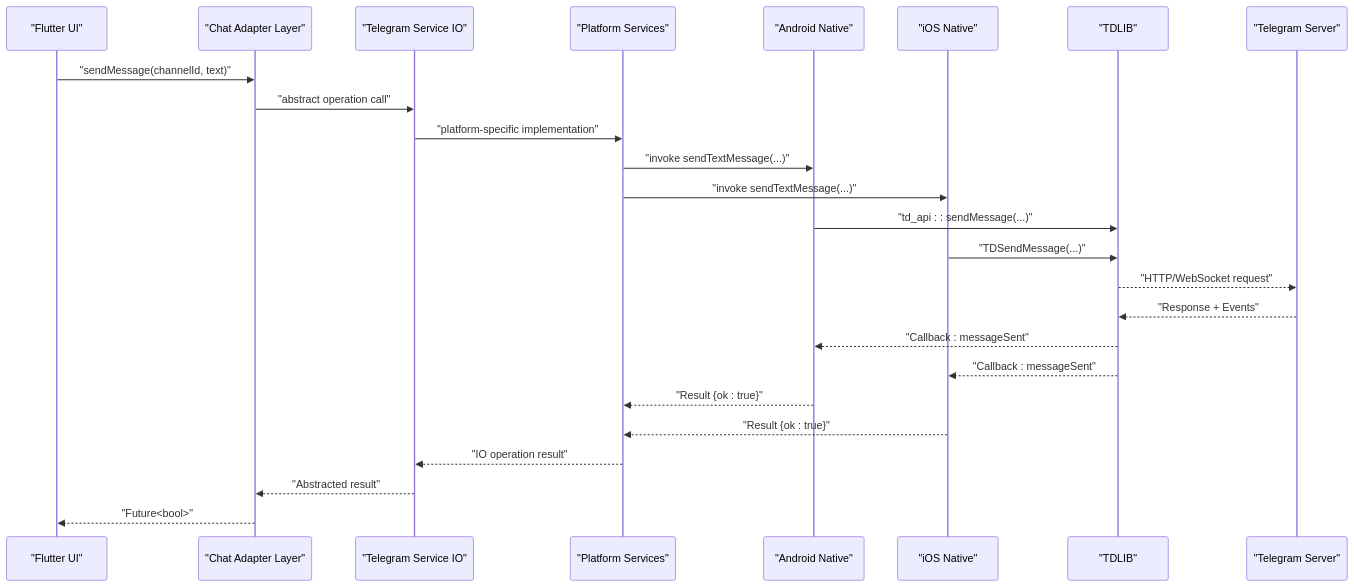
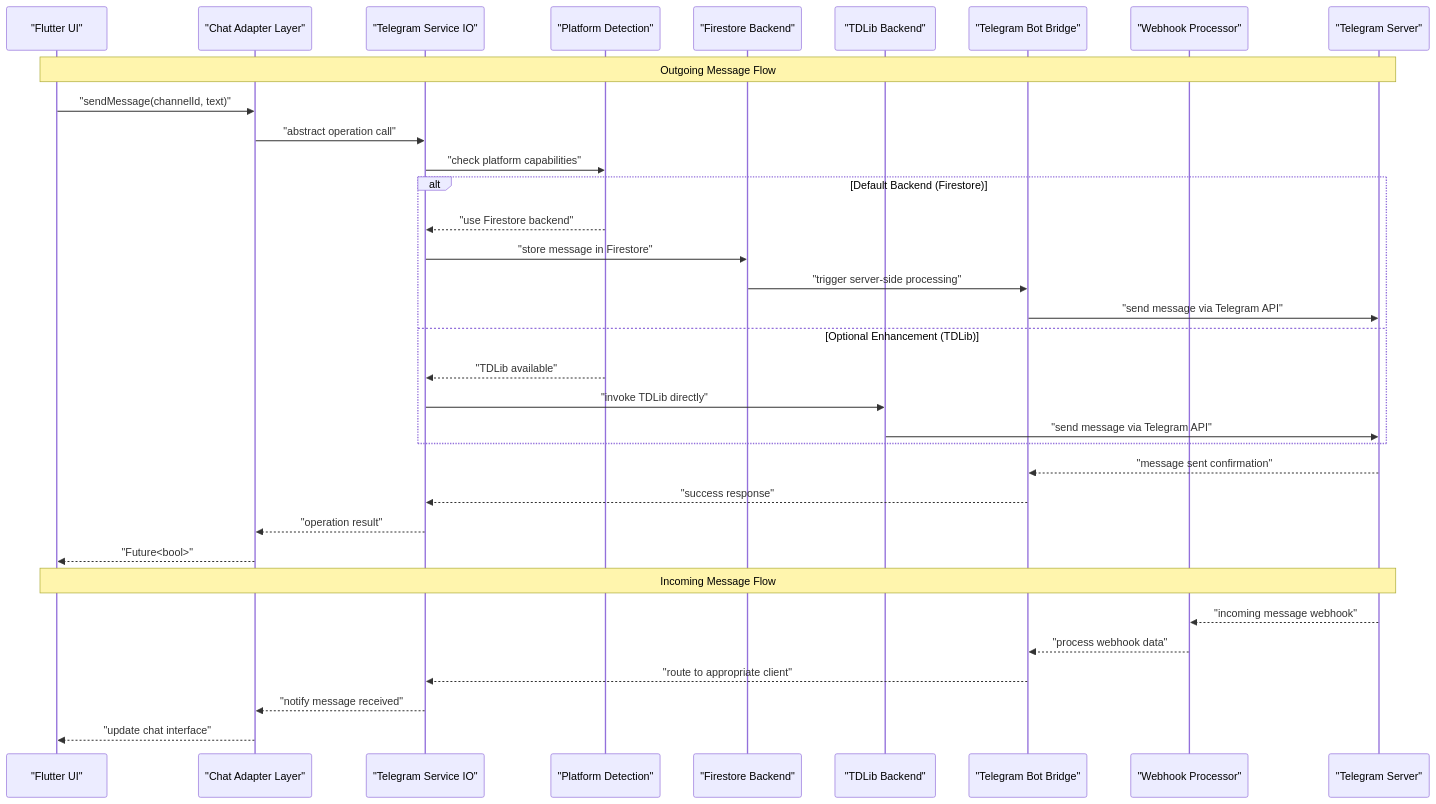
Before and after one commit to raihom-netizen/com.gestaoyahwehios.app: the second of 10 diagrams in .qoder/repowiki/en/content/Chat System/Telegram Integration (TDLIB).md, drawn with Mermaid. The commit also changed other lines of this file and 161 other files, not shown here.

````diff
--- a/.qoder/repowiki/en/content/Chat System/Telegram Integration (TDLIB).md
+++ b/.qoder/repowiki/en/content/Chat System/Telegram Integration (TDLIB).md
@@ -185,27 +226,36 @@
 ```mermaid
 sequenceDiagram
 participant UI as "Flutter UI"
 participant Adapter as "Chat Adapter Layer"
 participant Service as "Telegram Service IO"
-participant Platform as "Platform Services"
-participant Android as "Android Native"
-participant iOS as "iOS Native"
-participant TDLIB as "TDLIB"
+participant Platform as "Platform Detection"
+participant Firestore as "Firestore Backend"
+participant TDLib as "TDLib Backend"
+participant Bridge as "Telegram Bot Bridge"
+participant Webhook as "Webhook Processor"
 participant TG as "Telegram Server"
+Note over UI,TG : Outgoing Message Flow
 UI->>Adapter : "sendMessage(channelId, text)"
 Adapter->>Service : "abstract operation call"
-Service->>Platform : "platform-specific implementation"
-Platform->>Android : "invoke sendTextMessage(...)"
-Platform->>iOS : "invoke sendTextMessage(...)"
-Android->>TDLIB : "td_api : : sendMessage(...)"
-iOS->>TDLIB : "TDSendMessage(...)"
-TDLIB-->>TG : "HTTP/WebSocket request"
-TG-->>TDLIB : "Response + Events"
-TDLIB-->>Android : "Callback : messageSent"
-TDLIB-->>iOS : "Callback : messageSent"
-Android-->>Platform : "Result {ok : true}"
-iOS-->>Platform : "Result {ok : true}"
-Platform-->>Service : "IO operation result"
-Service-->>Adapter : "Abstracted result"
+Service->>Platform : "check platform capabilities"
+alt Default Backend (Firestore)
+Platform-->>Service : "use Firestore backend"
+Service->>Firestore : "store message in Firestore"
+Firestore->>Bridge : "trigger server-side processing"
+Bridge->>TG : "send message via Telegram API"
+else Optional Enhancement (TDLib)
+Platform-->>Service : "TDLib available"
+Service->>TDLib : "invoke TDLib directly"
+TDLib->>TG : "send message via Telegram API"
+end
+TG-->>Bridge : "message sent confirmation"
+Bridge-->>Service : "success response"
+Service-->>Adapter : "operation result"
 Adapter-->>UI : "Future<bool>"
+Note over TG,UI : Incoming Message Flow
+TG-->>Webhook : "incoming message webhook"
+Webhook-->>Bridge : "process webhook data"
+Bridge-->>Service : "route to appropriate client"
+Service-->>Adapter : "notify message received"
+Adapter-->>UI : "update chat interface"
 ```
````
